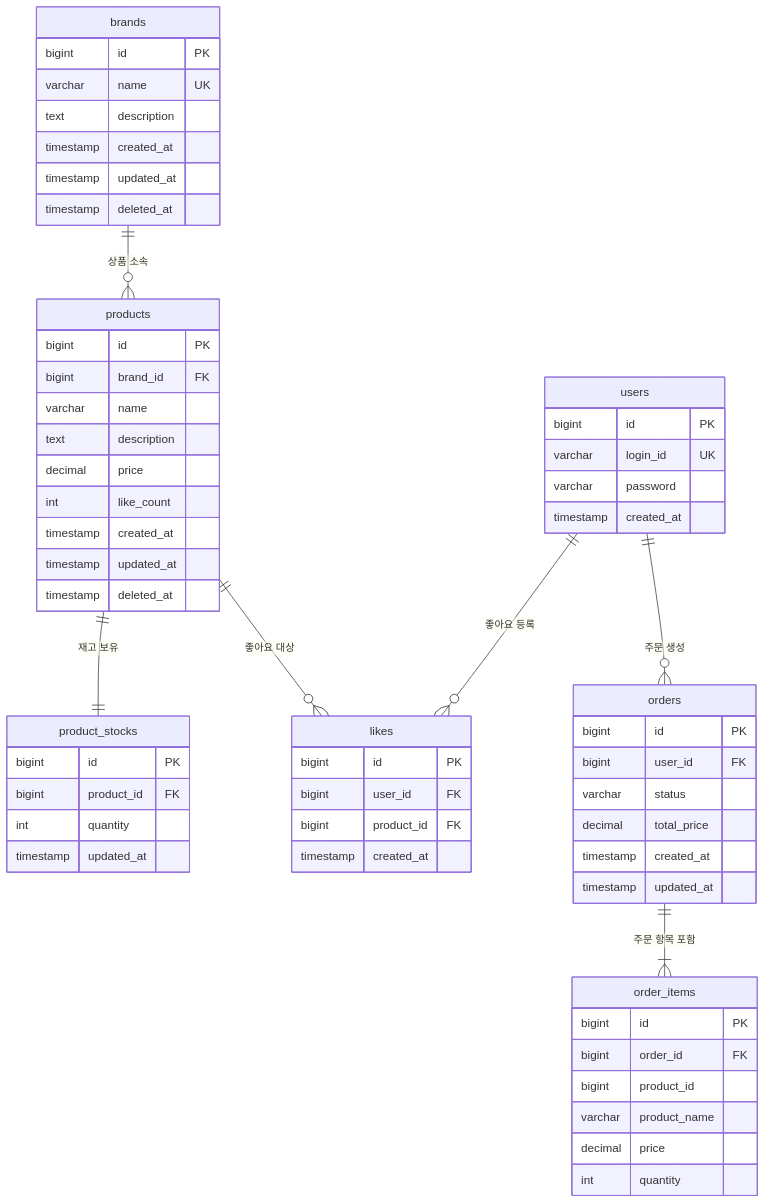
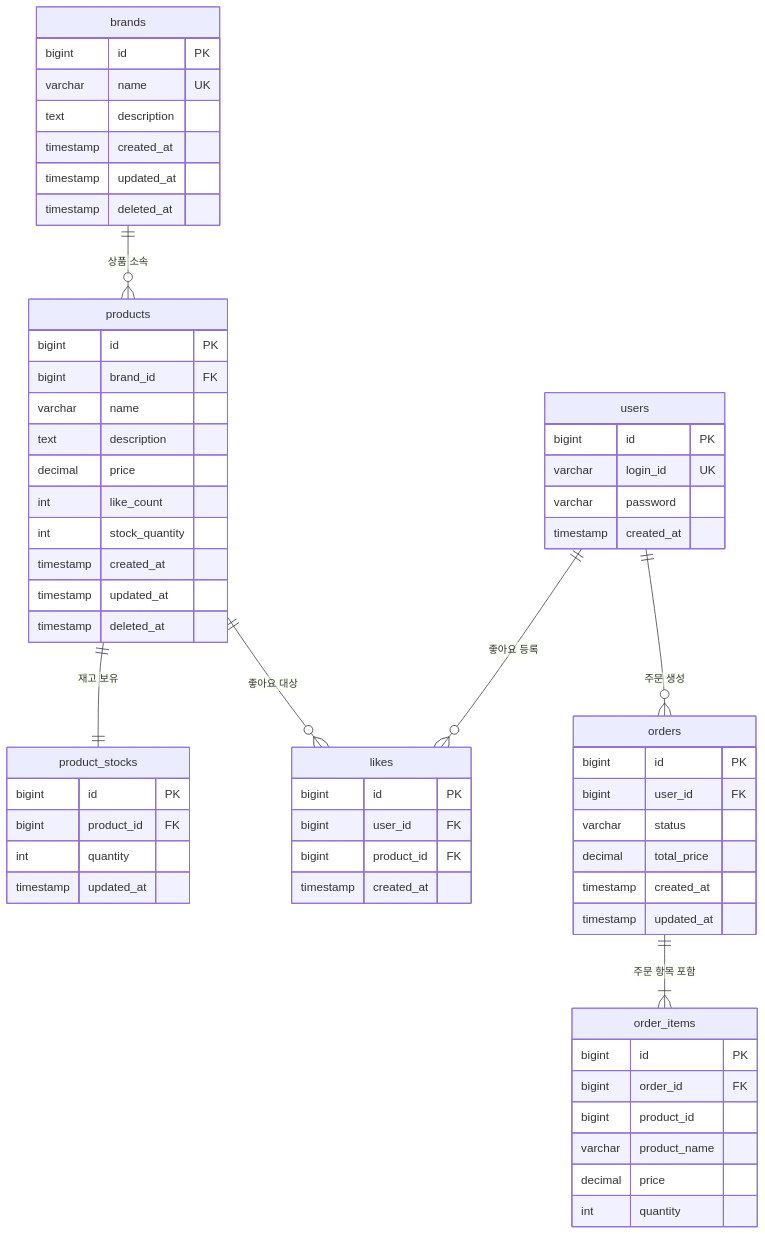
Before and after one commit to yeonjoo7/loop-pack-be-l2-vol4-kotlin: the diagram in docs/week2/04-erd.md, drawn with Mermaid. The commit also changed other lines of this file and 1 other file, not shown here.

First line of the commit message:
docs: add stock_quantity to products as read cache

````diff
--- a/docs/week2/04-erd.md
+++ b/docs/week2/04-erd.md
@@ -15,69 +15,70 @@
 ```mermaid
 erDiagram
     users {
         bigint id PK
         varchar login_id UK
         varchar password
         timestamp created_at
     }
 
     brands {
         bigint id PK
         varchar name UK
         text description
         timestamp created_at
         timestamp updated_at
         timestamp deleted_at
     }
 
     products {
         bigint id PK
         bigint brand_id FK
         varchar name
         text description
         decimal price
         int like_count
+        int stock_quantity
         timestamp created_at
         timestamp updated_at
         timestamp deleted_at
     }
 
     product_stocks {
         bigint id PK
         bigint product_id FK
         int quantity
         timestamp updated_at
     }
 
     likes {
         bigint id PK
         bigint user_id FK
         bigint product_id FK
         timestamp created_at
     }
 
     orders {
         bigint id PK
         bigint user_id FK
         varchar status
         decimal total_price
         timestamp created_at
         timestamp updated_at
     }
 
     order_items {
         bigint id PK
         bigint order_id FK
         bigint product_id
         varchar product_name
         decimal price
         int quantity
     }
 
     users ||--o{ likes : "좋아요 등록"
     users ||--o{ orders : "주문 생성"
     brands ||--o{ products : "상품 소속"
     products ||--|| product_stocks : "재고 보유"
     products ||--o{ likes : "좋아요 대상"
     orders ||--|{ order_items : "주문 항목 포함"
 ```
````
